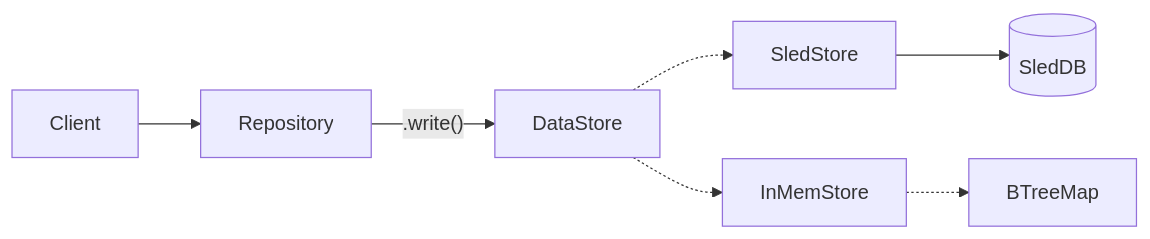
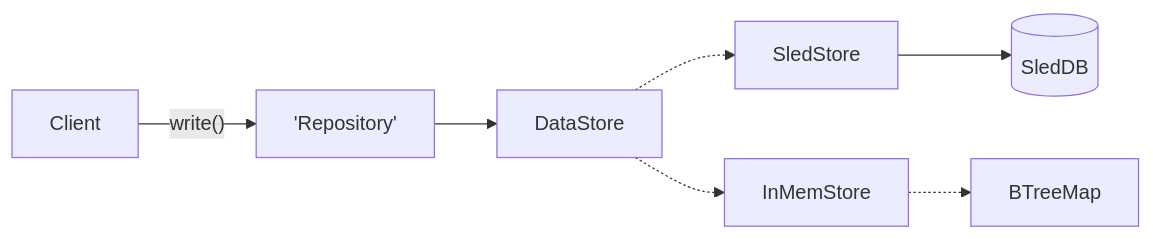
Before and after one commit to gnosisguild/enclave: the third of 3 diagrams in packages/ciphernode/data/README.md, drawn with Mermaid.

````diff
--- a/packages/ciphernode/data/README.md
+++ b/packages/ciphernode/data/README.md
@@ -63,11 +63,11 @@
 ```mermaid
 graph LR
-    R["Repository<T>"]
+    R['Repository<T>']
     DB[(SledDB)]
-    Client --> R
-    R --".write()"--> D[DataStore]
+    Client --"write()"--> R
+    R --> D[DataStore]
     D -.-> SledStore
     D -.-> InMemStore
     InMemStore -.-> BTreeMap
     SledStore --> DB
 ```
````
